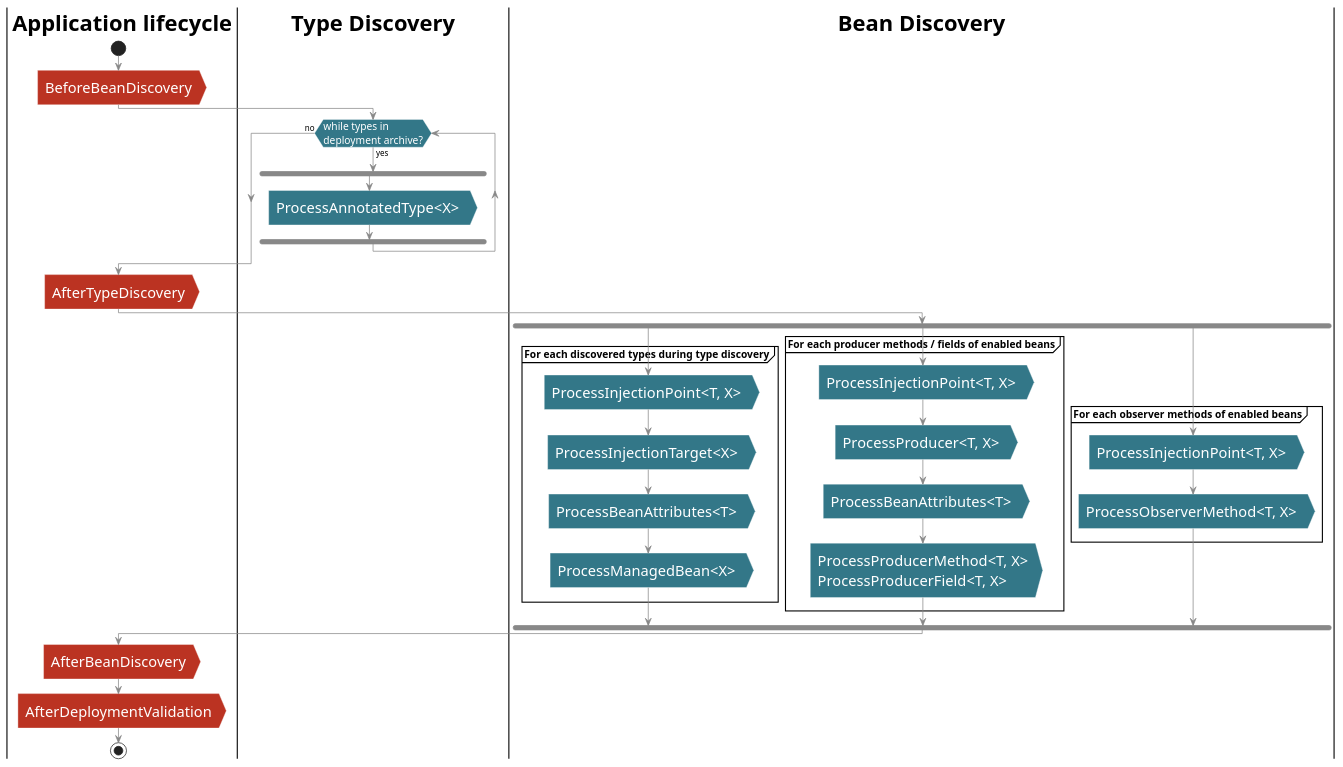
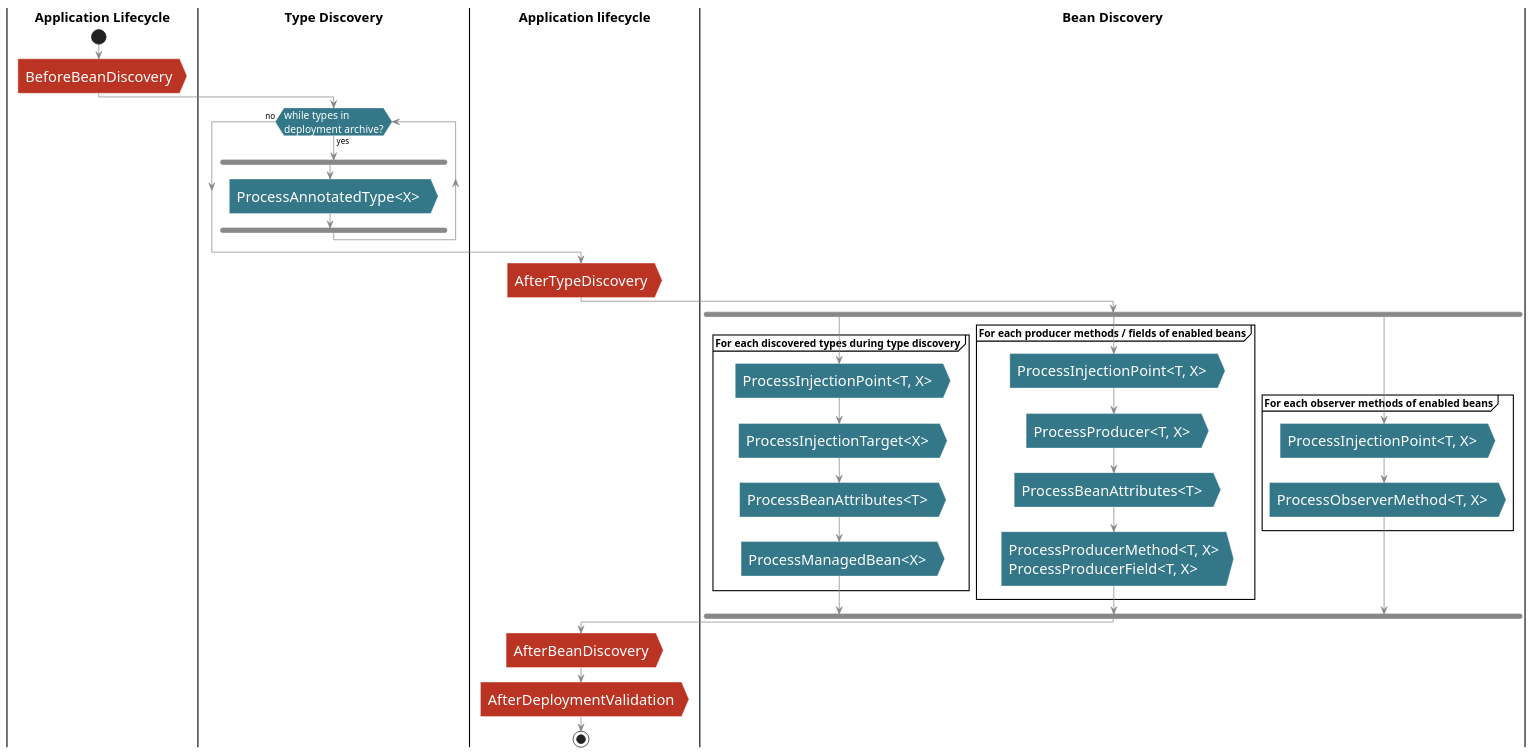
The diagram in parts/lifecycle.adoc (astefanutti/further-cdi), drawn with PlantUML before and after one commit.

Commit message:
Use titleFontSize parameter instead of inlined size

```diff
--- a/parts/lifecycle.adoc
+++ b/parts/lifecycle.adoc
@@ -8,64 +8,65 @@
 [plantuml, "lifecycle-complete", "svg", height="95%"]
 ----
 @startuml
 
 skinparam shadowing false
 skinparam backgroundColor transparent
 skinparam defaultFontName Consolas
+skinparam titleFontSize 30
 
 skinparam activity {
   BackgroundColor #337788
   ArrowColor #888888
   BarColor #888888
   BorderColor White
   FontName Consolas
   FontColor White
   FontSize 20
 }
 
-|<size:30>**Application lifecycle**</size>|
+|**Application Lifecycle**|
 start
 #BB3322:BeforeBeanDiscovery>
 
-|<size:30>**Type Discovery**</size>|
+|**Type Discovery**|
 
 while (<size:14><color:#FFFFFF>while types in</color></size>\n<size:14><color:#FFFFFF>deployment archive?</color></size>) is (yes)
 fork
     :ProcessAnnotatedType<X> >
 /' fork again
     :ProcessSyntheticAnnotatedType<X> > '/
 end fork
 endwhile (no)
 
-|<size:30>**Application lifecycle**</size>|
+|**Application lifecycle**|
 #BB3322:AfterTypeDiscovery>
 
-|<size:30>**Bean Discovery**</size>|
+|**Bean Discovery**|
 fork
 partition "**For each discovered types during type discovery**" {
     :ProcessInjectionPoint<T, X> >
     :ProcessInjectionTarget<X> >
     :ProcessBeanAttributes<T> >
     :ProcessManagedBean<X> >
 }
 fork again
 partition "**For each producer methods / fields of enabled beans**" {
     :ProcessInjectionPoint<T, X> >
     :ProcessProducer<T, X> >
     :ProcessBeanAttributes<T> >
     :ProcessProducerMethod<T, X>\nProcessProducerField<T, X> >
 }
 fork again
 partition "**For each observer methods of enabled beans**" {
     :ProcessInjectionPoint<T, X> >
     :ProcessObserverMethod<T, X> >
 }
 end fork
 
-|<size:30>**Application lifecycle**</size>|
+|**Application lifecycle**|
 #BB3322:AfterBeanDiscovery>
 #BB3322:AfterDeploymentValidation>
 stop
 
 @enduml
 ----
```
